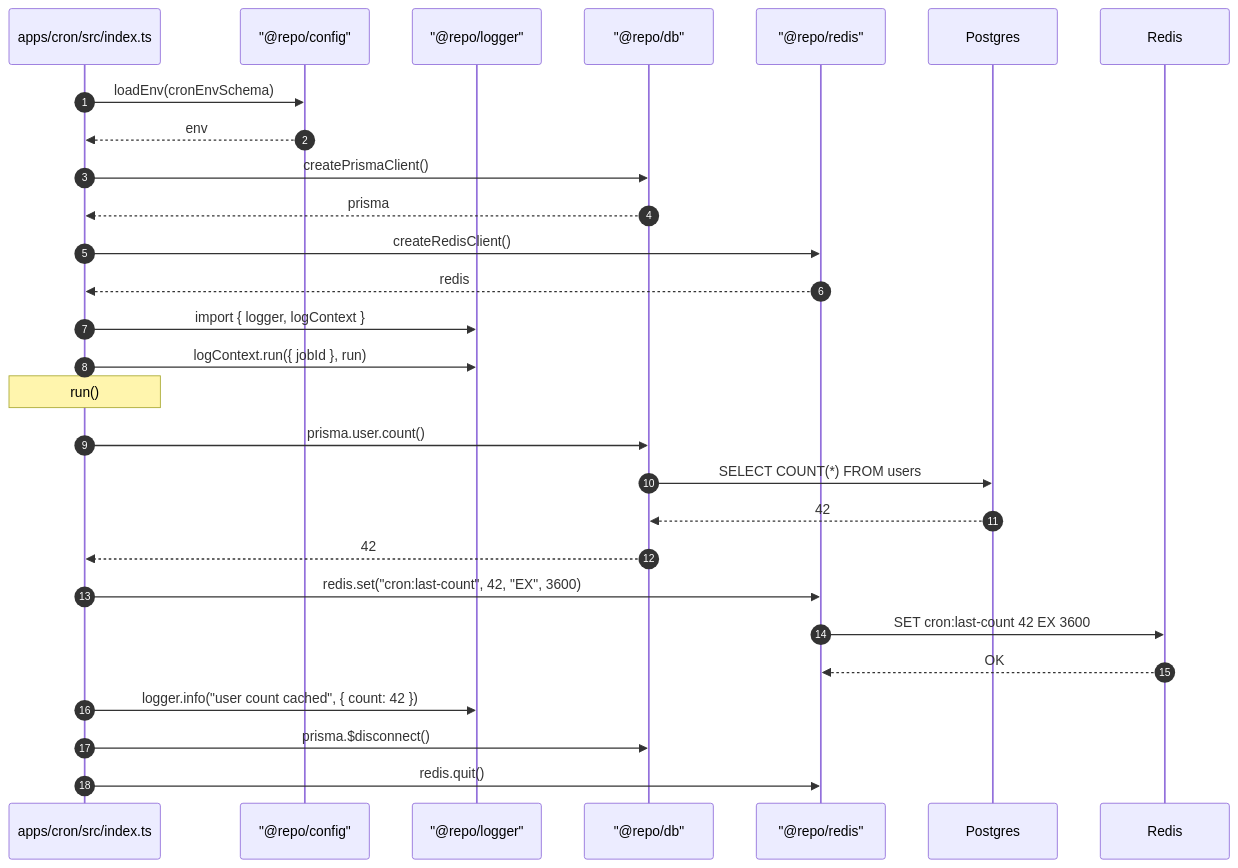
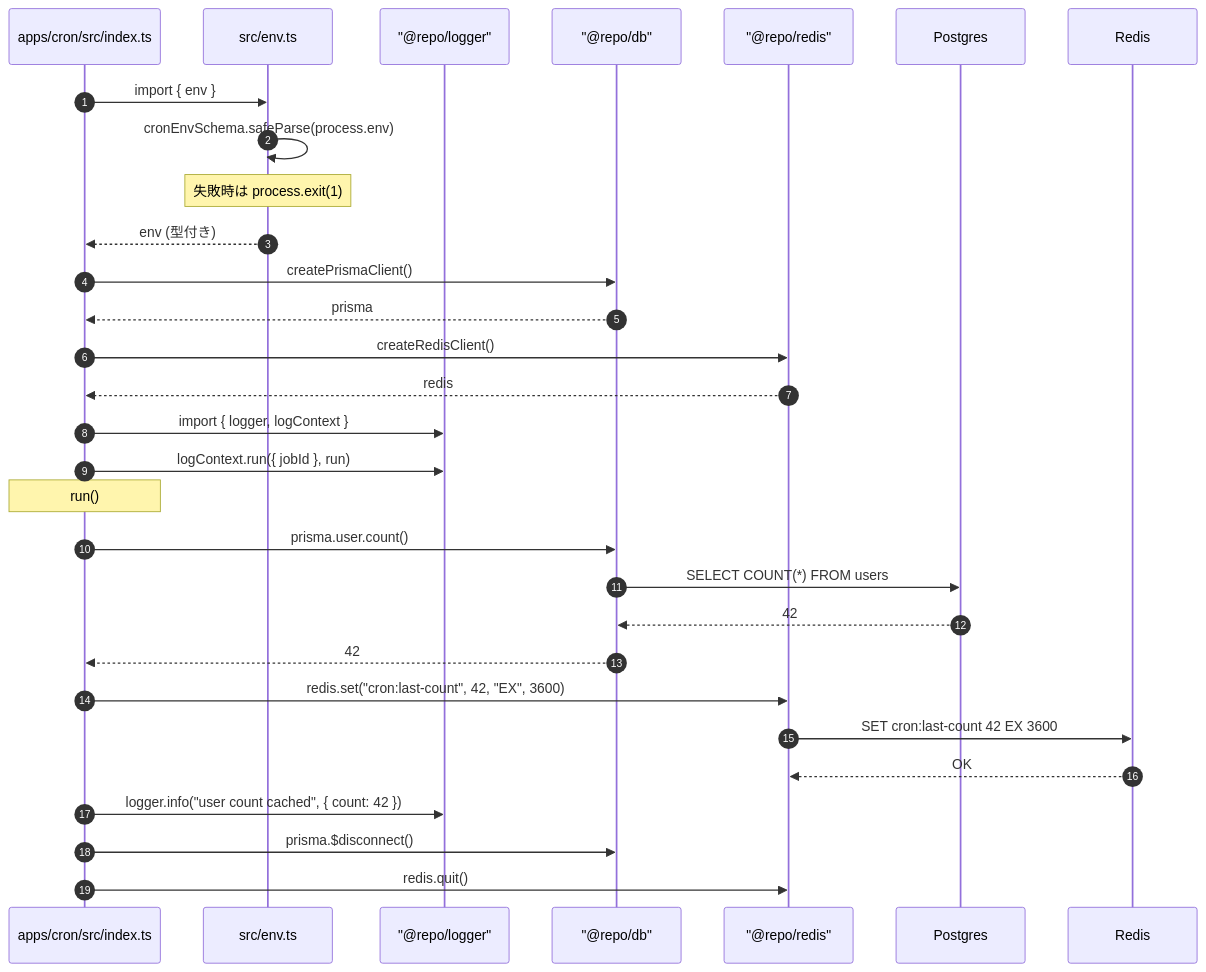
One commit to kentakki416/project-template changed the fourth of 4 diagrams in docs/spec/shared-packages/README.md. Above: the diagram before and after it, drawn with Mermaid. The commit also changed other lines of this file and 22 other files, not shown here.

First line of the commit message:
refactor: env 検証を各 app の src/env.ts にインライン化

````diff
--- a/docs/spec/shared-packages/README.md
+++ b/docs/spec/shared-packages/README.md
@@ -754,31 +760,33 @@
 ```mermaid
 sequenceDiagram
     autonumber
     participant Cron as apps/cron/src/index.ts
-    participant CFG as "@repo/config"
+    participant ENV as src/env.ts
     participant LOG as "@repo/logger"
     participant DB as "@repo/db"
     participant RDS as "@repo/redis"
     participant PG as Postgres
     participant R as Redis
 
-    Cron->>CFG: loadEnv(cronEnvSchema)
-    CFG-->>Cron: env
+    Cron->>ENV: import { env }
+    ENV->>ENV: cronEnvSchema.safeParse(process.env)
+    Note over ENV: 失敗時は process.exit(1)
+    ENV-->>Cron: env (型付き)
     Cron->>DB: createPrismaClient()
     DB-->>Cron: prisma
     Cron->>RDS: createRedisClient()
     RDS-->>Cron: redis
     Cron->>LOG: import { logger, logContext }
     Cron->>LOG: logContext.run({ jobId }, run)
     Note over Cron: run()
     Cron->>DB: prisma.user.count()
     DB->>PG: SELECT COUNT(*) FROM users
     PG-->>DB: 42
     DB-->>Cron: 42
     Cron->>RDS: redis.set("cron:last-count", 42, "EX", 3600)
     RDS->>R: SET cron:last-count 42 EX 3600
     R-->>RDS: OK
     Cron->>LOG: logger.info("user count cached", { count: 42 })
     Cron->>DB: prisma.$disconnect()
     Cron->>RDS: redis.quit()
 ```
````
